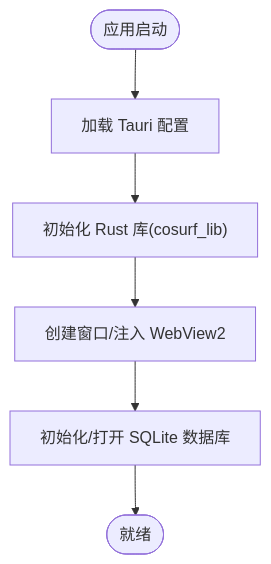
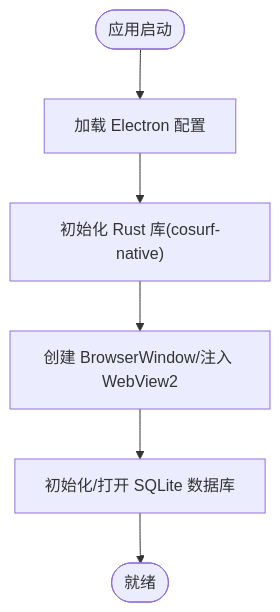
One commit to baike08/cosurf changed the fourth of 9 diagrams in .qoder/repowiki/zh/content/架构设计/技术栈.md. Above: the diagram before and after it, drawn with Mermaid. The commit also changed other lines of this file and 15 other files, not shown here.

````diff
--- a/.qoder/repowiki/zh/content/架构设计/技术栈.md
+++ b/.qoder/repowiki/zh/content/架构设计/技术栈.md
@@ -195,8 +215,8 @@
 ```mermaid
 flowchart TD
-Start(["应用启动"]) --> LoadConf["加载 Tauri 配置"]
-LoadConf --> InitLib["初始化 Rust 库(cosurf_lib)"]
-InitLib --> RunWin["创建窗口/注入 WebView2"]
+Start(["应用启动"]) --> LoadConf["加载 Electron 配置"]
+LoadConf --> InitLib["初始化 Rust 库(cosurf-native)"]
+InitLib --> RunWin["创建 BrowserWindow/注入 WebView2"]
 RunWin --> BuildDB["初始化/打开 SQLite 数据库"]
 BuildDB --> Ready(["就绪"])
 ```
````
